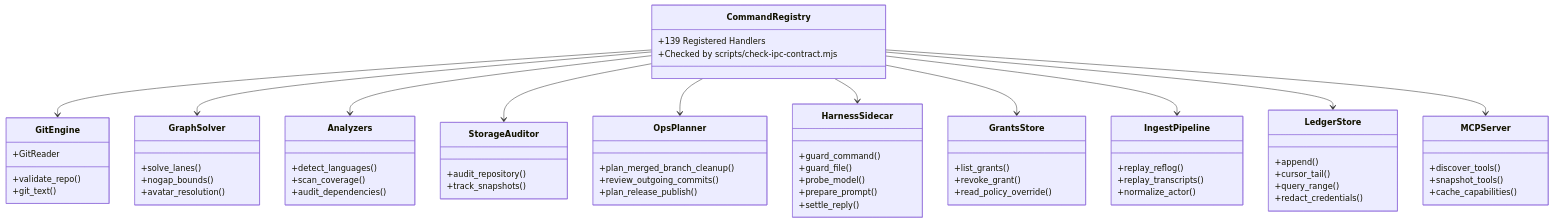
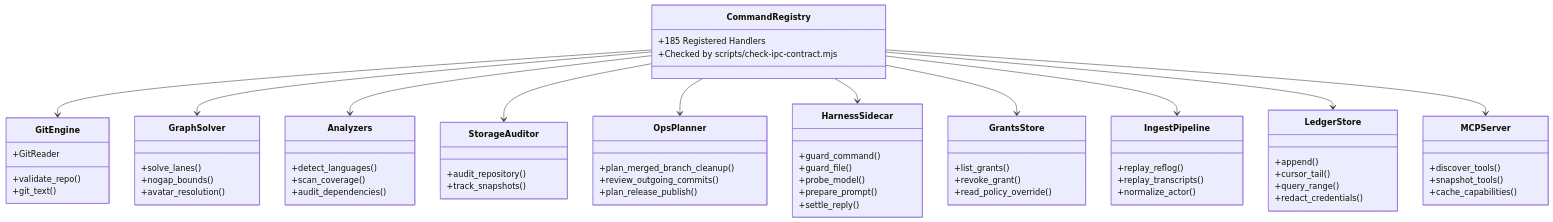
The third of 4 diagrams in docs/ARCHITECTURE.md (bharathvbcr/GitPulse), drawn with Mermaid before and after one commit. The commit also changed other lines of this file and 388 other files, not shown here.

````diff
--- a/docs/ARCHITECTURE.md
+++ b/docs/ARCHITECTURE.md
@@ -150,70 +150,70 @@
 ```mermaid
 classDiagram
     class CommandRegistry {
-        +139 Registered Handlers
+        +185 Registered Handlers
         +Checked by scripts/check-ipc-contract.mjs
     }
     class GitEngine {
         +validate_repo()
         +git_text()
         +GitReader
     }
     class GraphSolver {
         +solve_lanes()
         +nogap_bounds()
         +avatar_resolution()
     }
     class Analyzers {
         +detect_languages()
         +scan_coverage()
         +audit_dependencies()
     }
     class StorageAuditor {
         +audit_repository()
         +track_snapshots()
     }
     class GrantsStore {
         +list_grants()
         +revoke_grant()
         +read_policy_override()
     }
     class IngestPipeline {
         +replay_reflog()
         +replay_transcripts()
         +normalize_actor()
     }
     class LedgerStore {
         +append()
         +cursor_tail()
         +query_range()
         +redact_credentials()
     }
     class OpsPlanner {
         +plan_merged_branch_cleanup()
         +review_outgoing_commits()
         +plan_release_publish()
     }
     class MCPServer {
         +discover_tools()
         +snapshot_tools()
         +cache_capabilities()
     }
     class HarnessSidecar {
         +guard_command()
         +guard_file()
         +probe_model()
         +prepare_prompt()
         +settle_reply()
     }
 
     CommandRegistry --> GitEngine
     CommandRegistry --> GraphSolver
     CommandRegistry --> Analyzers
     CommandRegistry --> StorageAuditor
     CommandRegistry --> OpsPlanner
     CommandRegistry --> HarnessSidecar
     CommandRegistry --> GrantsStore
     CommandRegistry --> IngestPipeline
     CommandRegistry --> LedgerStore
     CommandRegistry --> MCPServer
 ```
````
